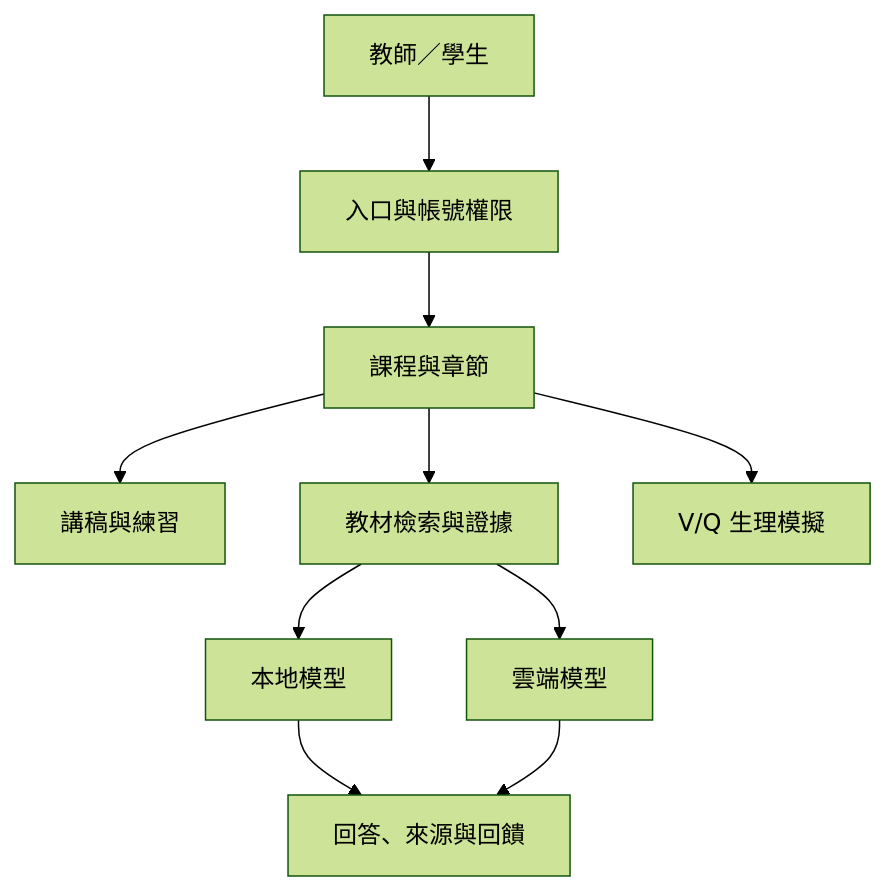
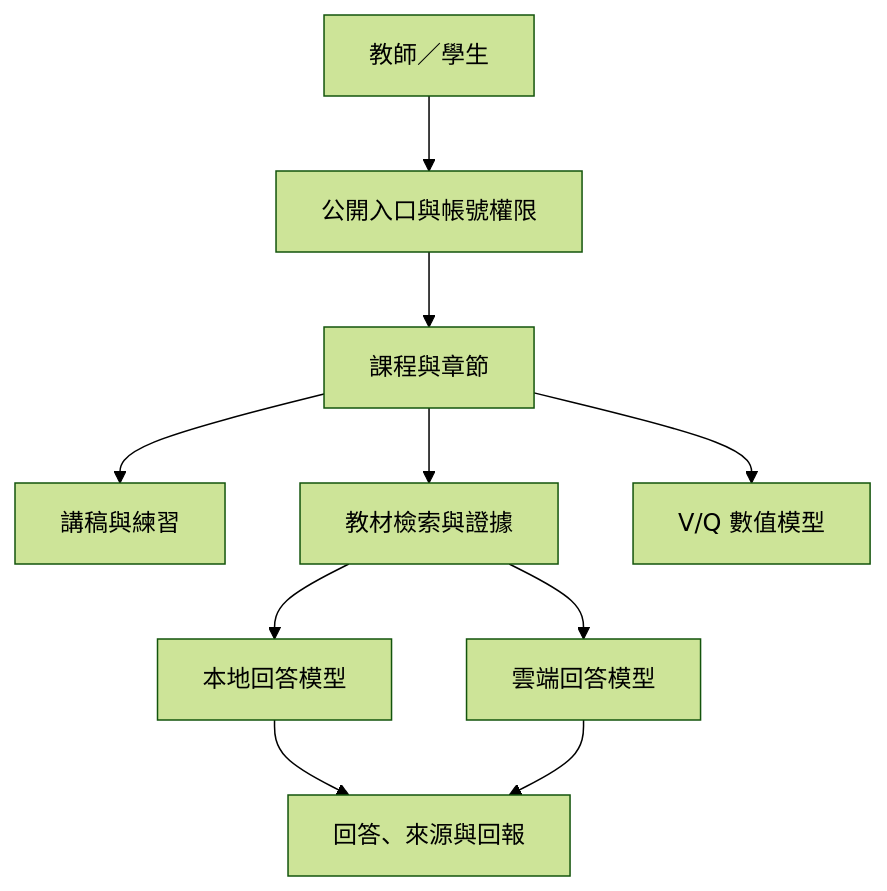
Before and after one commit to Wayne59882/NTU-LUNGTA: the diagram in README.md, drawn with Mermaid (forest theme). The commit also changed other lines of this file and 578 other files, not shown here.

````diff
--- a/README.md
+++ b/README.md
@@ -39,12 +141,12 @@
 ```mermaid
 flowchart TD
-    U["教師／學生"] --> G["入口與帳號權限"]
-    G --> C["課程與章節"]
+    U["教師／學生"] --> W["公開入口與帳號權限"]
+    W --> C["課程與章節"]
     C --> T["講稿與練習"]
     C --> R["教材檢索與證據"]
-    C --> V["V/Q 生理模擬"]
-    R --> L["本地模型"]
-    R --> K["雲端模型"]
-    L --> A["回答、來源與回饋"]
+    C --> V["V/Q 數值模型"]
+    R --> L["本地回答模型"]
+    R --> K["雲端回答模型"]
+    L --> A["回答、來源與回報"]
     K --> A
 ```
````
